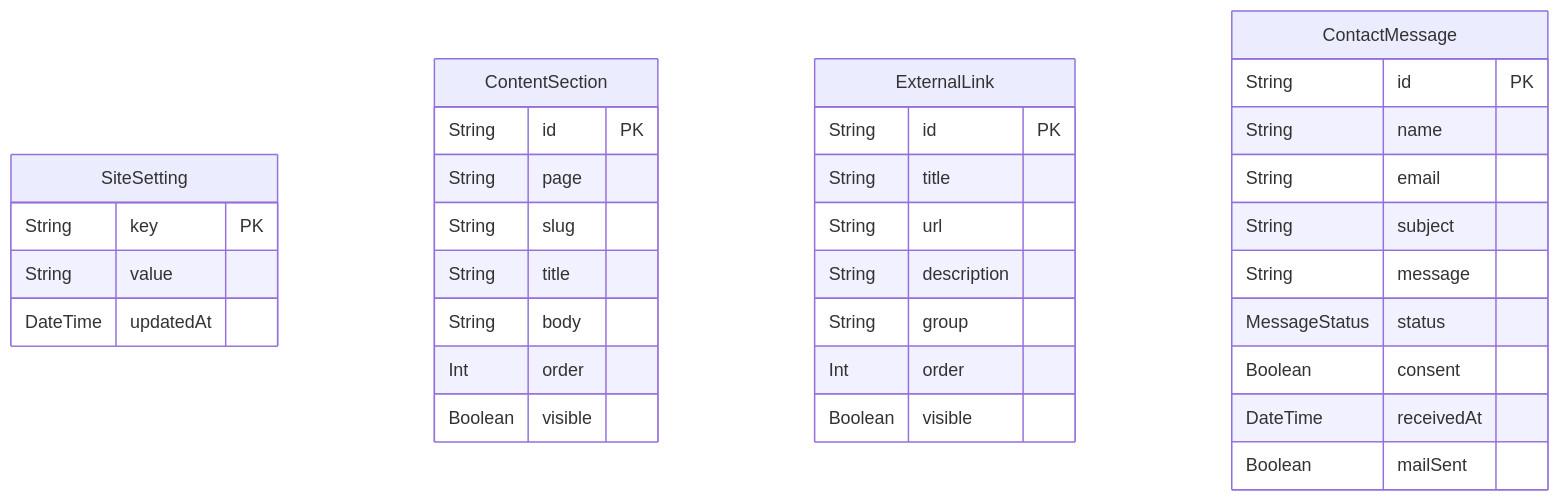
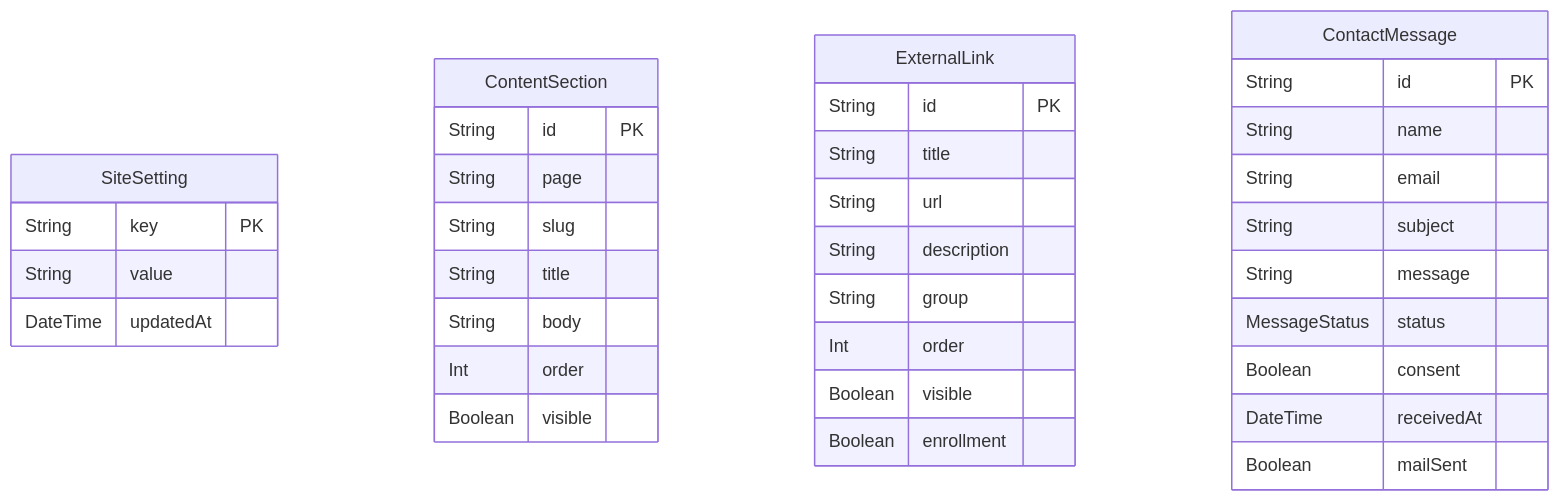
Before and after one commit to IFTS29-TalentoTech/ifts2-plataforma: the diagram in docs/entrega/diagramas/der-sitio.mmd, drawn with Mermaid. The commit also changed 28 other files, not shown here.

```diff
--- a/docs/entrega/diagramas/der-sitio.mmd
+++ b/docs/entrega/diagramas/der-sitio.mmd
@@ -1,37 +1,38 @@
 %% Generado por scripts/docs/prisma-to-docs.mjs desde prisma/schema.prisma. No editar a mano.
 %% Contenido del sitio y contacto
 erDiagram
   SiteSetting {
     String key PK
     String value
     DateTime updatedAt
   }
   ContentSection {
     String id PK
     String page
     String slug
     String title
     String body
     Int order
     Boolean visible
   }
   ExternalLink {
     String id PK
     String title
     String url
     String description
     String group
     Int order
     Boolean visible
+    Boolean enrollment
   }
   ContactMessage {
     String id PK
     String name
     String email
     String subject
     String message
     MessageStatus status
     Boolean consent
     DateTime receivedAt
     Boolean mailSent
   }
```
